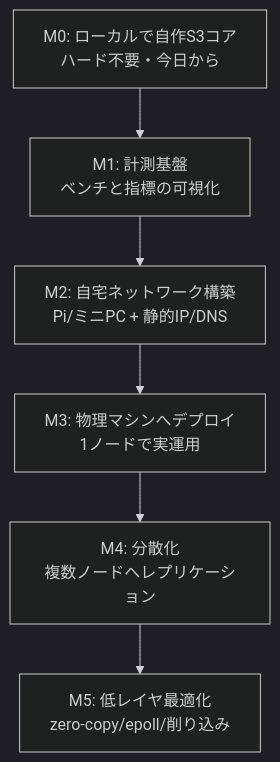
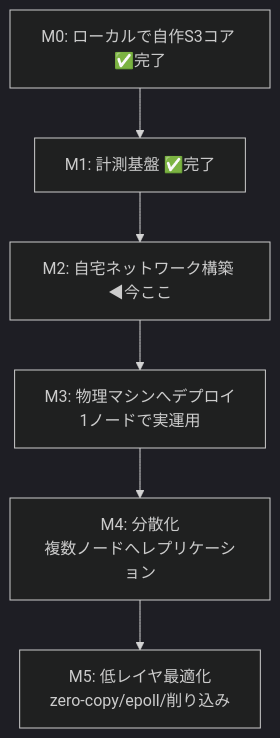
The diagram in PLAN.md (bubbleShaker/homelab-cloud), drawn with Mermaid (dark theme) before and after one commit. The commit also changed other lines of this file, not shown here.

````diff
--- a/PLAN.md
+++ b/PLAN.md
@@ -23,10 +23,10 @@
 ```mermaid
 graph TD
-  M0[M0: ローカルで自作S3コア<br/>ハード不要・今日から]
-  M1[M1: 計測基盤<br/>ベンチと指標の可視化]
-  M2[M2: 自宅ネットワーク構築<br/>Pi/ミニPC + 静的IP/DNS]
-  M3[M3: 物理マシンへデプロイ<br/>1ノードで実運用]
-  M4[M4: 分散化<br/>複数ノードへレプリケーション]
-  M5[M5: 低レイヤ最適化<br/>zero-copy/epoll/削り込み]
+  M0["M0: ローカルで自作S3コア ✅完了"]
+  M1["M1: 計測基盤 ✅完了"]
+  M2["M2: 自宅ネットワーク構築 ◀今ここ"]
+  M3["M3: 物理マシンへデプロイ<br/>1ノードで実運用"]
+  M4["M4: 分散化<br/>複数ノードへレプリケーション"]
+  M5["M5: 低レイヤ最適化<br/>zero-copy/epoll/削り込み"]
   M0 --> M1 --> M2 --> M3 --> M4 --> M5
 ```
````
